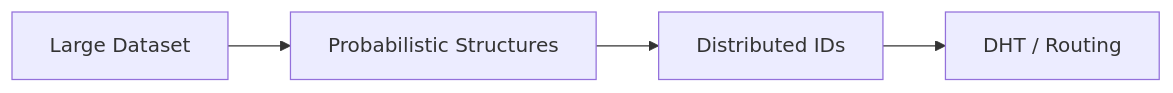
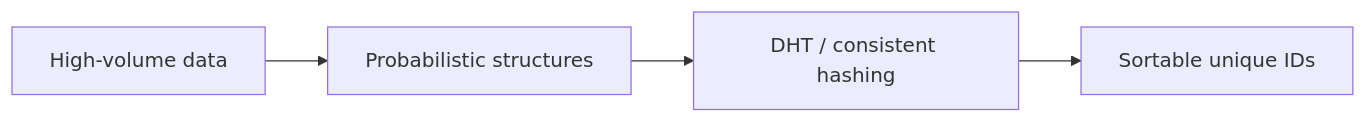
The first of 4 diagrams in 13-advanced-topics/README.md (hareramcse/SystemDesign), drawn with Mermaid before and after one commit. The commit also changed other lines of this file and 15 other files, not shown here.

````diff
--- a/13-advanced-topics/README.md
+++ b/13-advanced-topics/README.md
@@ -11,6 +25,6 @@
 ```mermaid
 flowchart LR
-    Data[Large Dataset] --> Prob[Probabilistic Structures]
-    Prob --> IDs[Distributed IDs]
-    IDs --> DHT[DHT / Routing]
+    Stream[High-volume data] --> Prob[Probabilistic structures]
+    Prob --> Route[DHT / consistent hashing]
+    Route --> IDs[Sortable unique IDs]
 ```
````
